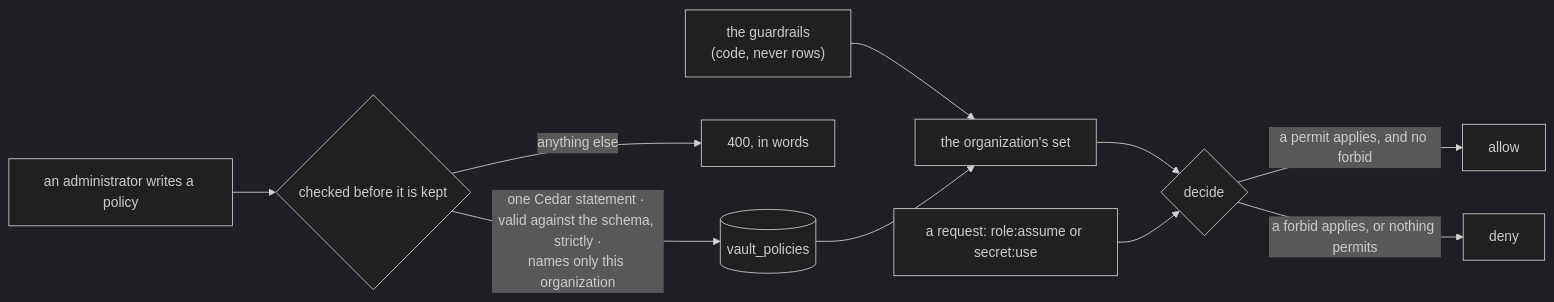
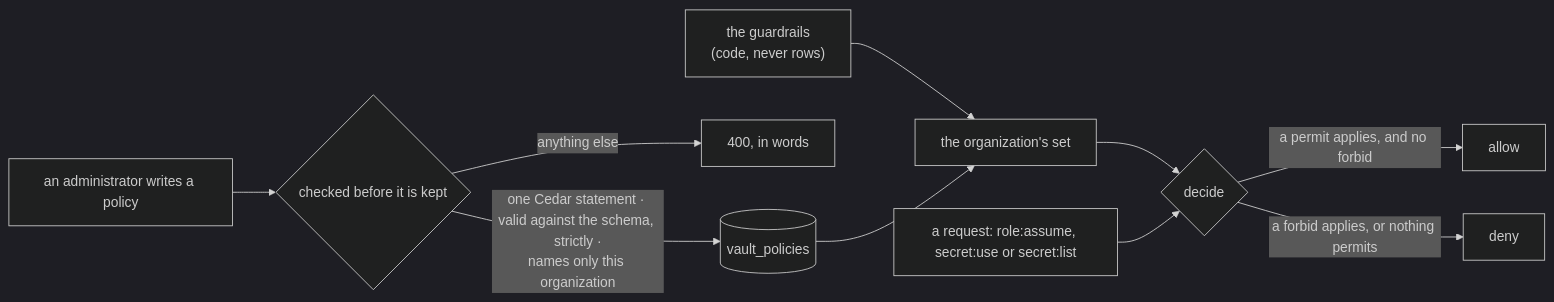
The second of 8 diagrams in docs/vault.md (gjovanov/roomler-ai), drawn with Mermaid (dark theme) before and after one commit. The commit also changed other lines of this file and 42 other files, not shown here.

````diff
--- a/docs/vault.md
+++ b/docs/vault.md
@@ -214,12 +215,12 @@
 ```mermaid
 flowchart LR
     W["an administrator writes a policy"] --> C{"checked before it is kept"}
     C -->|"one Cedar statement · valid against the schema, strictly ·<br/>names only this organization"| S[("vault_policies")]
     C -->|"anything else"| R["400, in words"]
     G["the guardrails<br/>(code, never rows)"] --> SET["the organization's set"]
     S --> SET
     SET --> D{"decide"}
-    Q["a request: role:assume or secret:use"] --> D
+    Q["a request: role:assume, secret:use or secret:list"] --> D
     D -->|"a permit applies, and no forbid"| A["allow"]
     D -->|"a forbid applies, or nothing permits"| N["deny"]
 ```
````
